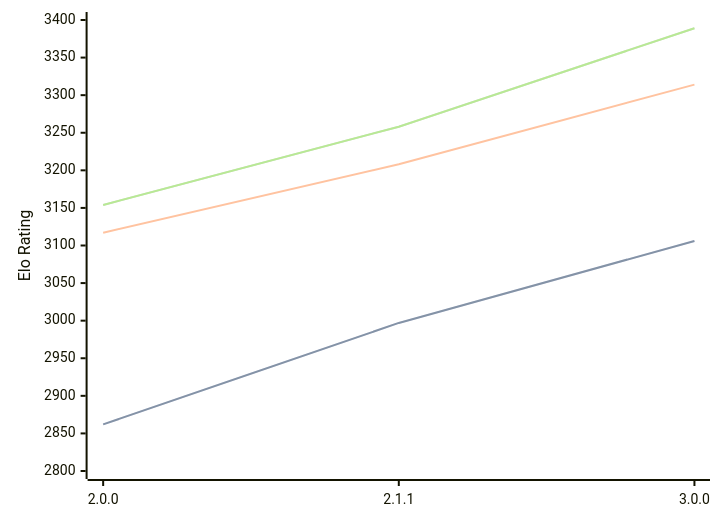
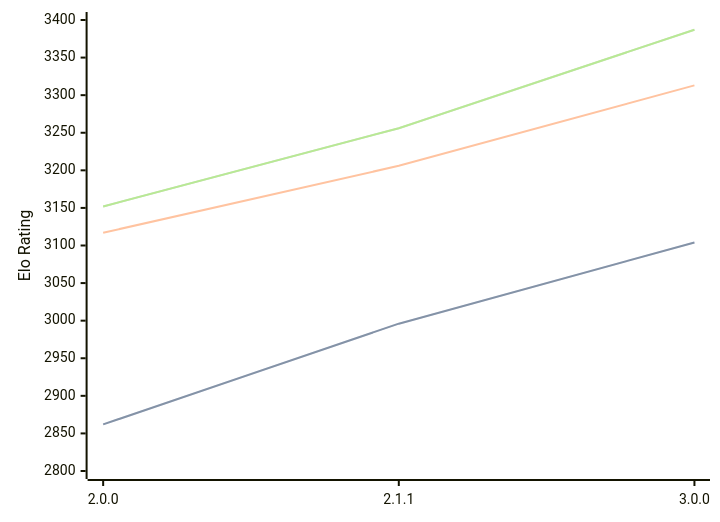
Before and after one commit to computer-chess-index/cci: the diagram in engines/Bread.md, drawn with Mermaid. The commit also changed other lines of this file, not shown here.

Commit message:
Update CCI Ratings (ELO VLTC) - 2026-09-01

````diff
--- a/engines/Bread.md
+++ b/engines/Bread.md
@@ -36,11 +36,11 @@
 ```mermaid
 %%{init: {"theme":"base","themeVariables":{"seriesColors:['#a3a3a3','#222221','#faa371']}}}%%
 xychart-beta
   x-axis ["2.0.0", "2.1.1", "3.0.0"]
   y-axis "Elo Rating" 2800 --> 3400
-  line "" [2862, 2997, 3106]
-  line "STC (8.0+0.08s)" [2862, 2997, 3106]
-  line "LTC (60.0+0.60s)" [3117, 3208, 3314]
-  line "" [3154, 3258, 3389]
-  line "VLTC (2m24s+1.12s)" [3154, 3258, 3389]
+  line "" [2862, 2996, 3104]
+  line "STC (8.0+0.08s)" [2862, 2996, 3104]
+  line "LTC (60.0+0.60s)" [3117, 3206, 3313]
+  line "" [3152, 3256, 3387]
+  line "VLTC (2m24s+1.12s)" [3152, 3256, 3387]
 ```
````
